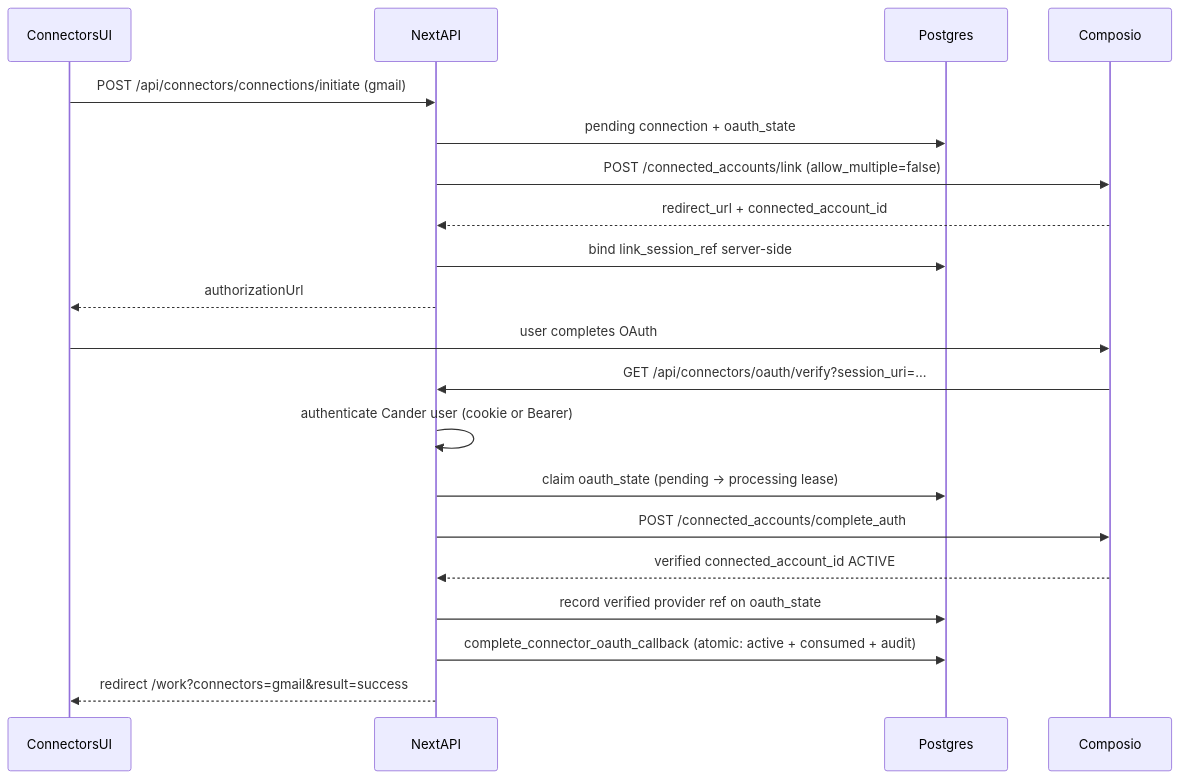
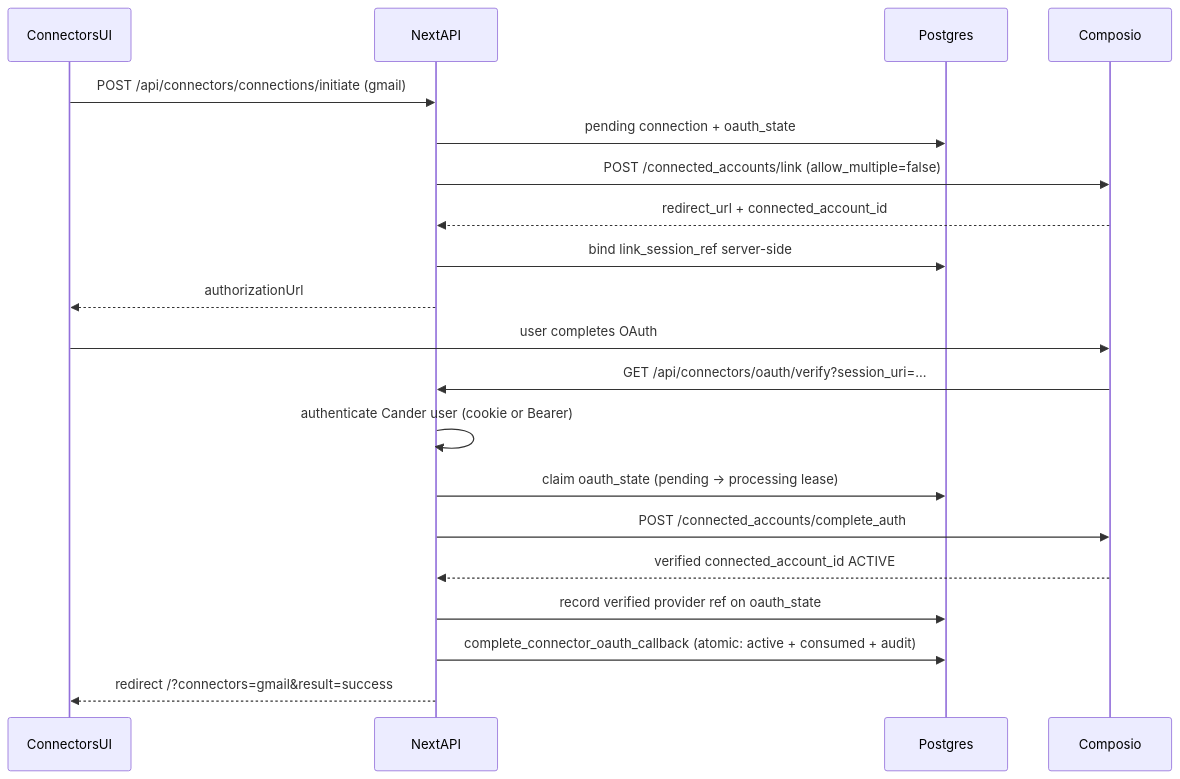
The diagram in docs/connectors/composio-integration.md (Warix-AI/cander), drawn with Mermaid before and after one commit. The commit also changed other lines of this file and 4 other files, not shown here.

````diff
--- a/docs/connectors/composio-integration.md
+++ b/docs/connectors/composio-integration.md
@@ -35,24 +35,24 @@
 ```mermaid
 sequenceDiagram
   participant UI as ConnectorsUI
   participant API as NextAPI
   participant DB as Postgres
   participant C as Composio
 
   UI->>API: POST /api/connectors/connections/initiate (gmail)
   API->>DB: pending connection + oauth_state
   API->>C: POST /connected_accounts/link (allow_multiple=false)
   C-->>API: redirect_url + connected_account_id
   API->>DB: bind link_session_ref server-side
   API-->>UI: authorizationUrl
 
   UI->>C: user completes OAuth
   C->>API: GET /api/connectors/oauth/verify?session_uri=...
   API->>API: authenticate Cander user (cookie or Bearer)
   API->>DB: claim oauth_state (pending → processing lease)
   API->>C: POST /connected_accounts/complete_auth
   C-->>API: verified connected_account_id ACTIVE
   API->>DB: record verified provider ref on oauth_state
   API->>DB: complete_connector_oauth_callback (atomic: active + consumed + audit)
-  API-->>UI: redirect /work?connectors=gmail&result=success
+  API-->>UI: redirect /?connectors=gmail&result=success
 ```
````
